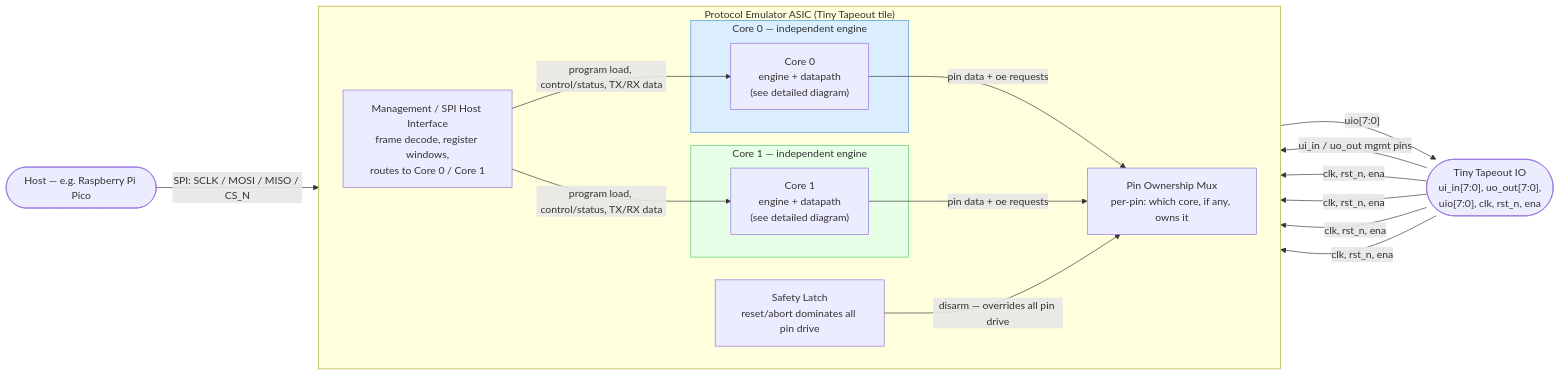
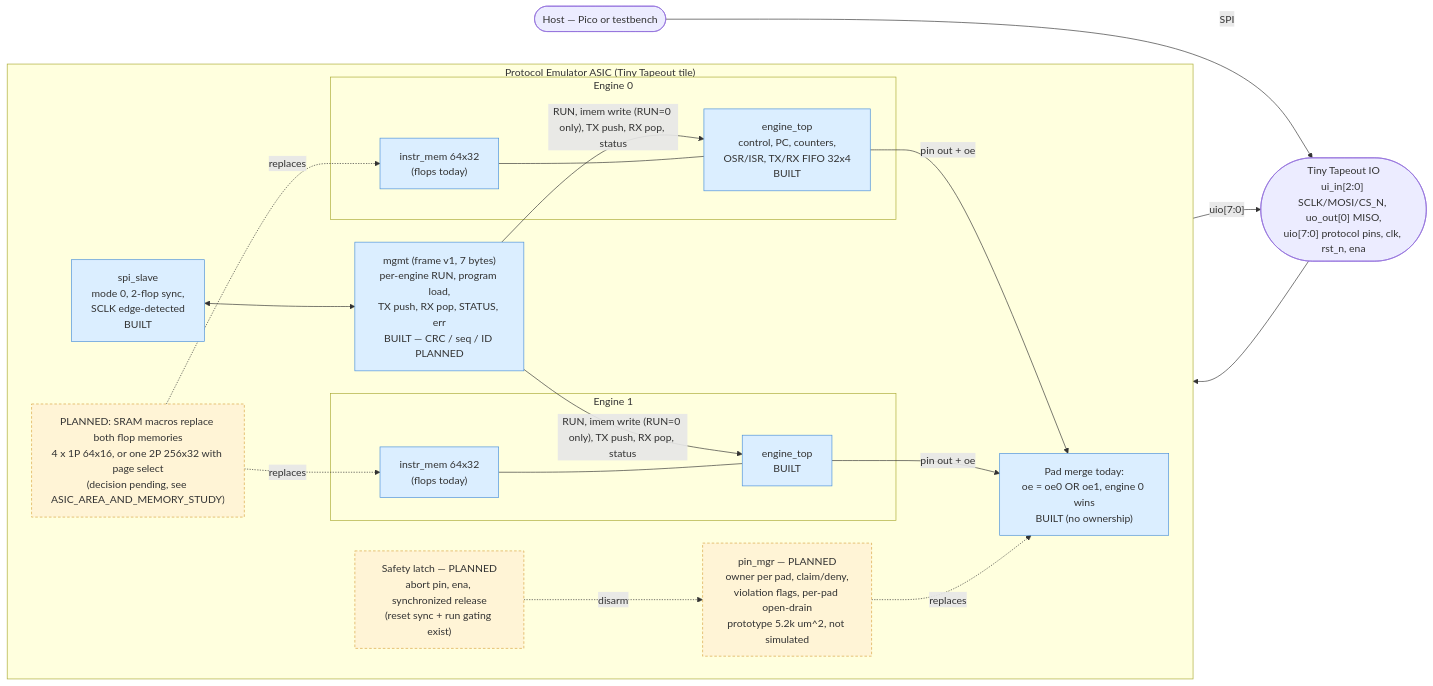
Before and after one commit to Rishadd/protocol_emulator: the diagram in docs/diagram_full_chip.mmd, drawn with Mermaid. The commit also changed 33 other files, not shown here.

Commit message:
Flop based memory swapped with SRAM blocks - tested and verified. Read from /docs regading the upgrades and gains

```diff
--- a/docs/diagram_full_chip.mmd
+++ b/docs/diagram_full_chip.mmd
@@ -1,43 +1,51 @@
+%% Full-chip block diagram, status as of 2026-10-11 (matches src/tt_um_protocol_emulator.v).
+%% Solid = built and simulated. Dashed outline / "PLANNED" = not built yet.
 flowchart LR
-    HOST(["Host — e.g. Raspberry Pi Pico"])
+    HOST(["Host — Pico or testbench"])
 
     subgraph CHIP["Protocol Emulator ASIC (Tiny Tapeout tile)"]
         direction LR
 
-        MGMT["Management / SPI Host Interface<br/>frame decode, register windows,<br/>routes to Core 0 / Core 1"]
+        SPI["spi_slave<br/>mode 0, 2-flop sync,<br/>SCLK edge-detected<br/>BUILT"]
+        MGMT["mgmt (frame v1, 7 bytes)<br/>per-engine RUN, program load,<br/>TX push, RX pop, STATUS, err<br/>BUILT — CRC / seq / ID PLANNED"]
 
-        SAFETY["Safety Latch<br/>reset/abort dominates all pin drive"]
-
-        subgraph CORE0BOX["Core 0 — independent engine"]
-            CORE0["Core 0<br/>engine + datapath<br/>(see detailed diagram)"]
+        subgraph ENG0["Engine 0"]
+            CORE0["engine_top<br/>control, PC, counters,<br/>OSR/ISR, TX/RX FIFO 32x4<br/>BUILT"]
+            IMEM0["instr_mem 64x32<br/>(flops today)"]
         end
 
-        subgraph CORE1BOX["Core 1 — independent engine"]
-            CORE1["Core 1<br/>engine + datapath<br/>(see detailed diagram)"]
+        subgraph ENG1["Engine 1"]
+            CORE1["engine_top<br/>BUILT"]
+            IMEM1["instr_mem 64x32<br/>(flops today)"]
         end
 
-        PINMUX["Pin Ownership Mux<br/>per-pin: which core, if any, owns it"]
+        SRAM["PLANNED: SRAM macros replace both flop memories<br/>4 x 1P 64x16, or one 2P 256x32 with page select<br/>(decision pending, see ASIC_AREA_AND_MEMORY_STUDY)"]
+
+        MERGE["Pad merge today:<br/>oe = oe0 OR oe1, engine 0 wins<br/>BUILT (no ownership)"]
+        PINMGR["pin_mgr — PLANNED<br/>owner per pad, claim/deny,<br/>violation flags, per-pad open-drain<br/>prototype 5.2k um^2, not simulated"]
+        SAFETY["Safety latch — PLANNED<br/>abort pin, ena, synchronized release<br/>(reset sync + run gating exist)"]
     end
 
-    IOPINS(["Tiny Tapeout IO<br/>ui_in[7:0], uo_out[7:0],<br/>uio[7:0], clk, rst_n, ena"])
+    IOPINS(["Tiny Tapeout IO<br/>ui_in[2:0] SCLK/MOSI/CS_N, uo_out[0] MISO,<br/>uio[7:0] protocol pins, clk, rst_n, ena"])
 
-    HOST -- "SPI: SCLK / MOSI / MISO / CS_N" --> MGMT
-    IOPINS -- "ui_in / uo_out mgmt pins" --> MGMT
+    HOST -- "SPI" --> IOPINS
+    IOPINS --> SPI
+    SPI <--> MGMT
 
-    MGMT -- "program load, control/status, TX/RX data" --> CORE0
-    MGMT -- "program load, control/status, TX/RX data" --> CORE1
+    MGMT -- "RUN, imem write (RUN=0 only), TX push, RX pop, status" --> CORE0
+    MGMT -- "RUN, imem write (RUN=0 only), TX push, RX pop, status" --> CORE1
+    IMEM0 --- CORE0
+    IMEM1 --- CORE1
+    SRAM -. "replaces" .-> IMEM0
+    SRAM -. "replaces" .-> IMEM1
 
-    CORE0 -- "pin data + oe requests" --> PINMUX
-    CORE1 -- "pin data + oe requests" --> PINMUX
-    PINMUX -- "uio[7:0]" --> IOPINS
+    CORE0 -- "pin out + oe" --> MERGE
+    CORE1 -- "pin out + oe" --> MERGE
+    MERGE -- "uio[7:0]" --> IOPINS
+    PINMGR -. "replaces" .-> MERGE
+    SAFETY -. "disarm" .-> PINMGR
 
-    SAFETY -- "disarm — overrides all pin drive" --> PINMUX
-    IOPINS -- "clk, rst_n, ena" --> SAFETY
-    IOPINS -- "clk, rst_n, ena" --> MGMT
-    IOPINS -- "clk, rst_n, ena" --> CORE0
-    IOPINS -- "clk, rst_n, ena" --> CORE1
-
-    classDef core0style fill:#dbeeff,stroke:#4a90d9,stroke-width:1px;
-    classDef core1style fill:#e6ffe6,stroke:#4ac96a,stroke-width:1px;
-    class CORE0BOX core0style
-    class CORE1BOX core1style
+    classDef built fill:#dbeeff,stroke:#4a90d9,stroke-width:1px;
+    classDef planned fill:#fff4d6,stroke:#d9a441,stroke-width:1px,stroke-dasharray: 4 3;
+    class SPI,MGMT,CORE0,CORE1,IMEM0,IMEM1,MERGE built
+    class SRAM,PINMGR,SAFETY planned
```
